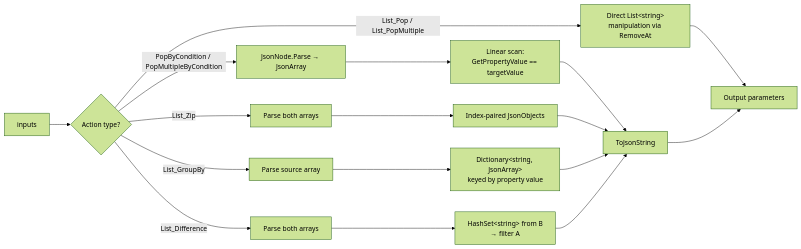
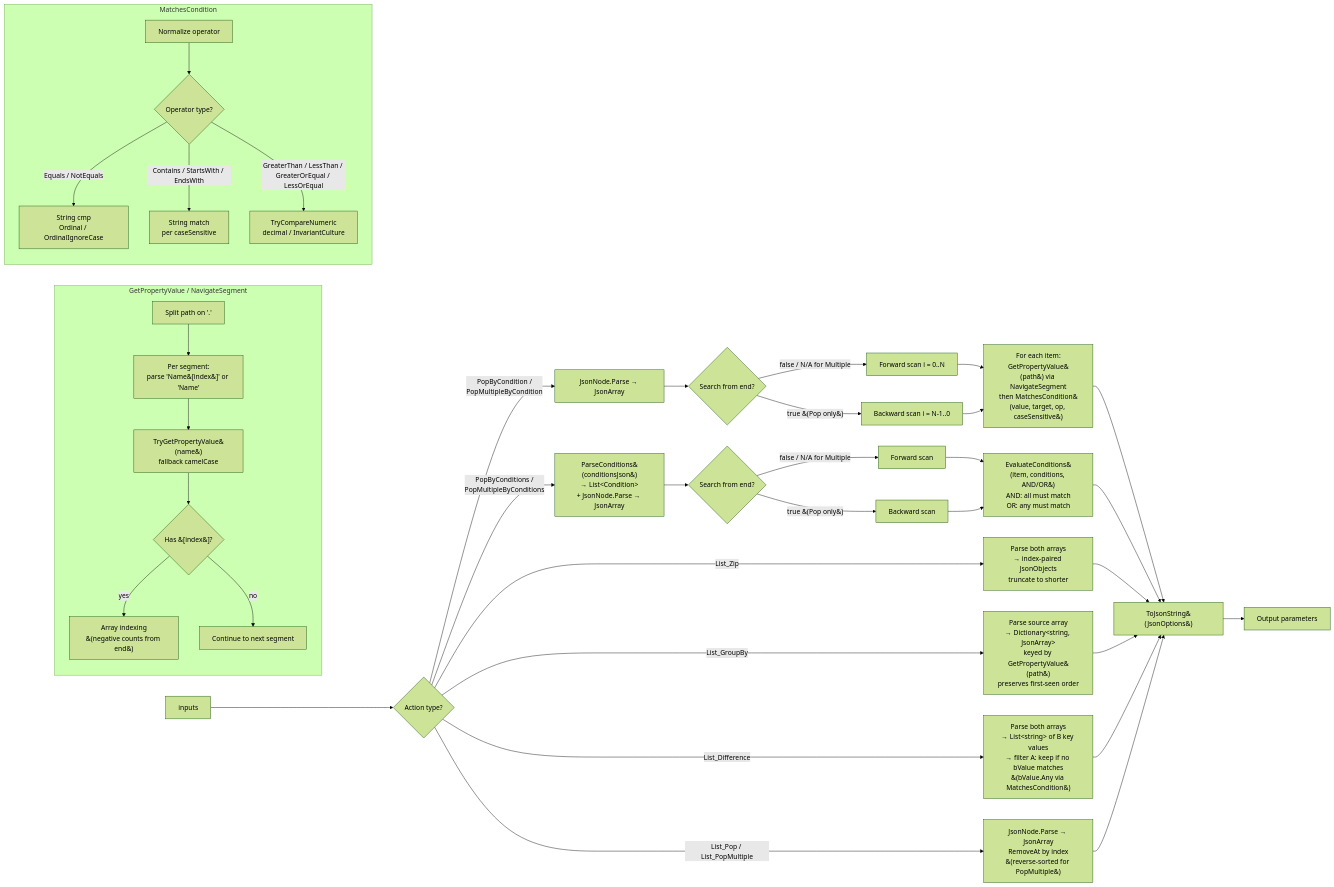
One commit to alex-cres/OSListUtilsServerSide changed the diagram in ARCHITECTURE.md. Above: the diagram before and after it, drawn with Mermaid (forest theme). The commit also changed other lines of this file, not shown here.

Commit message:
ARCHITECTURE.md: expand processing flow with helpers, multi-condition, search direction, path navigation

````diff
--- a/ARCHITECTURE.md
+++ b/ARCHITECTURE.md
@@ -66,19 +68,52 @@
 ```mermaid
 flowchart LR
     In[inputs] --> Type{Action type?}
-    Type -->|List_Pop / List_PopMultiple| IndexOp[Direct List&lt;string&gt;<br/>manipulation via RemoveAt]
-    Type -->|PopByCondition / PopMultipleByCondition| Parse1[JsonNode.Parse → JsonArray]
-    Type -->|List_Zip| Parse2[Parse both arrays]
-    Type -->|List_GroupBy| Parse3[Parse source array]
-    Type -->|List_Difference| Parse4[Parse both arrays]
-    Parse1 --> Scan[Linear scan:<br/>GetPropertyValue == targetValue]
-    Scan --> Serialize[ToJsonString]
-    Parse2 --> Pair[Index-paired JsonObjects]
-    Pair --> Serialize
-    Parse3 --> Group[Dictionary&lt;string, JsonArray&gt;<br/>keyed by property value]
-    Group --> Serialize
-    Parse4 --> HashDiff[HashSet&lt;string&gt; from B<br/>→ filter A]
-    HashDiff --> Serialize
-    IndexOp --> Out[Output parameters]
-    Serialize --> Out
+
+    Type -->|List_Pop / List_PopMultiple| IndexOp[JsonNode.Parse → JsonArray<br/>RemoveAt by index<br/>&#40;reverse-sorted for PopMultiple&#41;]
+
+    Type -->|PopByCondition /<br/>PopMultipleByCondition| ParseSingle[JsonNode.Parse → JsonArray]
+    ParseSingle --> SingleScan{Search from end?}
+    SingleScan -->|false / N/A for Multiple| ScanFwd[Forward scan i = 0..N]
+    SingleScan -->|true &#40;Pop only&#41;| ScanBwd[Backward scan i = N-1..0]
+    ScanFwd --> Eval1[For each item:<br/>GetPropertyValue&#40;path&#41; via NavigateSegment<br/>then MatchesCondition&#40;value, target, op, caseSensitive&#41;]
+    ScanBwd --> Eval1
+
+    Type -->|PopByConditions /<br/>PopMultipleByConditions| ParseMulti[ParseConditions&#40;conditionsJson&#41;<br/>→ List&lt;Condition&gt;<br/>+ JsonNode.Parse → JsonArray]
+    ParseMulti --> MultiScan{Search from end?}
+    MultiScan -->|false / N/A for Multiple| ScanFwdM[Forward scan]
+    MultiScan -->|true &#40;Pop only&#41;| ScanBwdM[Backward scan]
+    ScanFwdM --> Eval2[EvaluateConditions&#40;item, conditions, AND/OR&#41;<br/>AND: all must match<br/>OR: any must match]
+    ScanBwdM --> Eval2
+
+    Type -->|List_Zip| Zip[Parse both arrays<br/>→ index-paired JsonObjects<br/>truncate to shorter]
+
+    Type -->|List_GroupBy| GroupBy[Parse source array<br/>→ Dictionary&lt;string, JsonArray&gt;<br/>keyed by GetPropertyValue&#40;path&#41;<br/>preserves first-seen order]
+
+    Type -->|List_Difference| Diff[Parse both arrays<br/>→ List&lt;string&gt; of B key values<br/>→ filter A: keep if no bValue matches<br/>&#40;bValue.Any via MatchesCondition&#41;]
+
+    Eval1 --> Serialize[ToJsonString&#40;JsonOptions&#41;]
+    Eval2 --> Serialize
+    Zip --> Serialize
+    GroupBy --> Serialize
+    Diff --> Serialize
+    IndexOp --> Serialize
+
+    Serialize --> Out[Output parameters]
+
+    subgraph PathNav[GetPropertyValue / NavigateSegment]
+        direction TB
+        Path[Split path on '.'] --> Seg[Per segment:<br/>parse 'Name&#91;index&#93;' or 'Name']
+        Seg --> Prop[TryGetPropertyValue&#40;name&#41;<br/>fallback camelCase]
+        Prop --> Idx{Has &#91;index&#93;?}
+        Idx -->|yes| Arr[Array indexing<br/>&#40;negative counts from end&#41;]
+        Idx -->|no| Next[Continue to next segment]
+    end
+
+    subgraph OpMatch[MatchesCondition]
+        direction TB
+        Op[Normalize operator] --> Cmp{Operator type?}
+        Cmp -->|Equals / NotEquals| StrEq[String cmp<br/>Ordinal / OrdinalIgnoreCase]
+        Cmp -->|Contains / StartsWith / EndsWith| StrPat[String match<br/>per caseSensitive]
+        Cmp -->|GreaterThan / LessThan / GreaterOrEqual / LessOrEqual| Num[TryCompareNumeric<br/>decimal / InvariantCulture]
+    end
 ```
````
